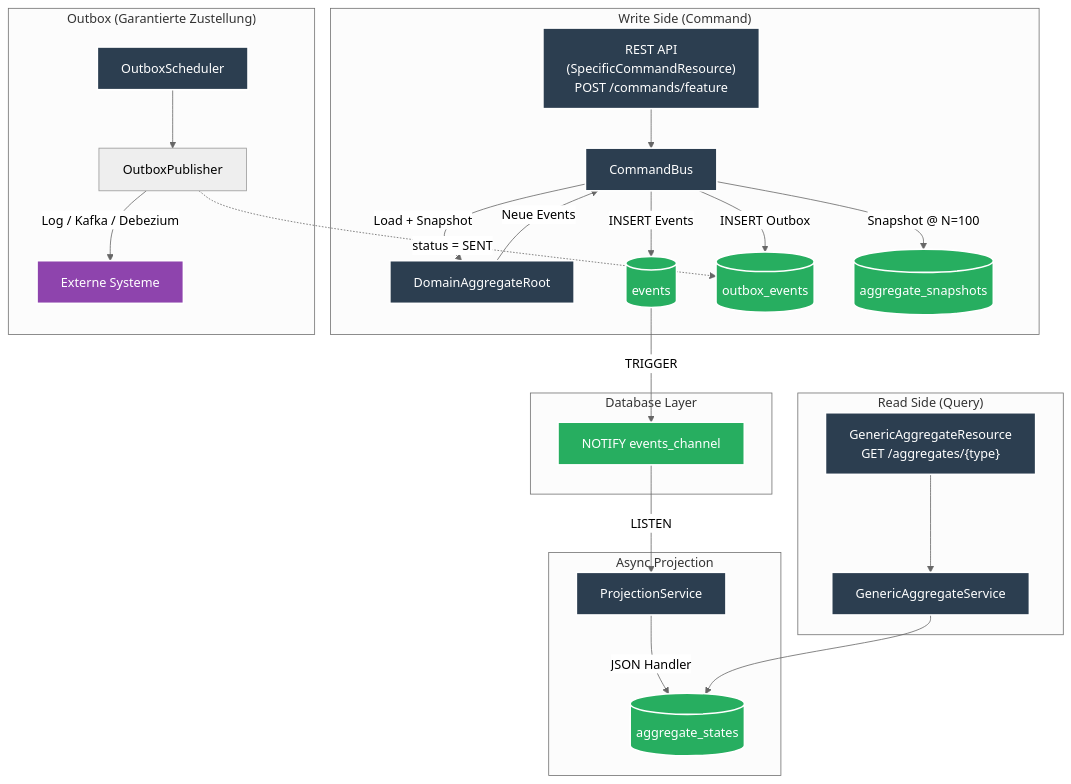
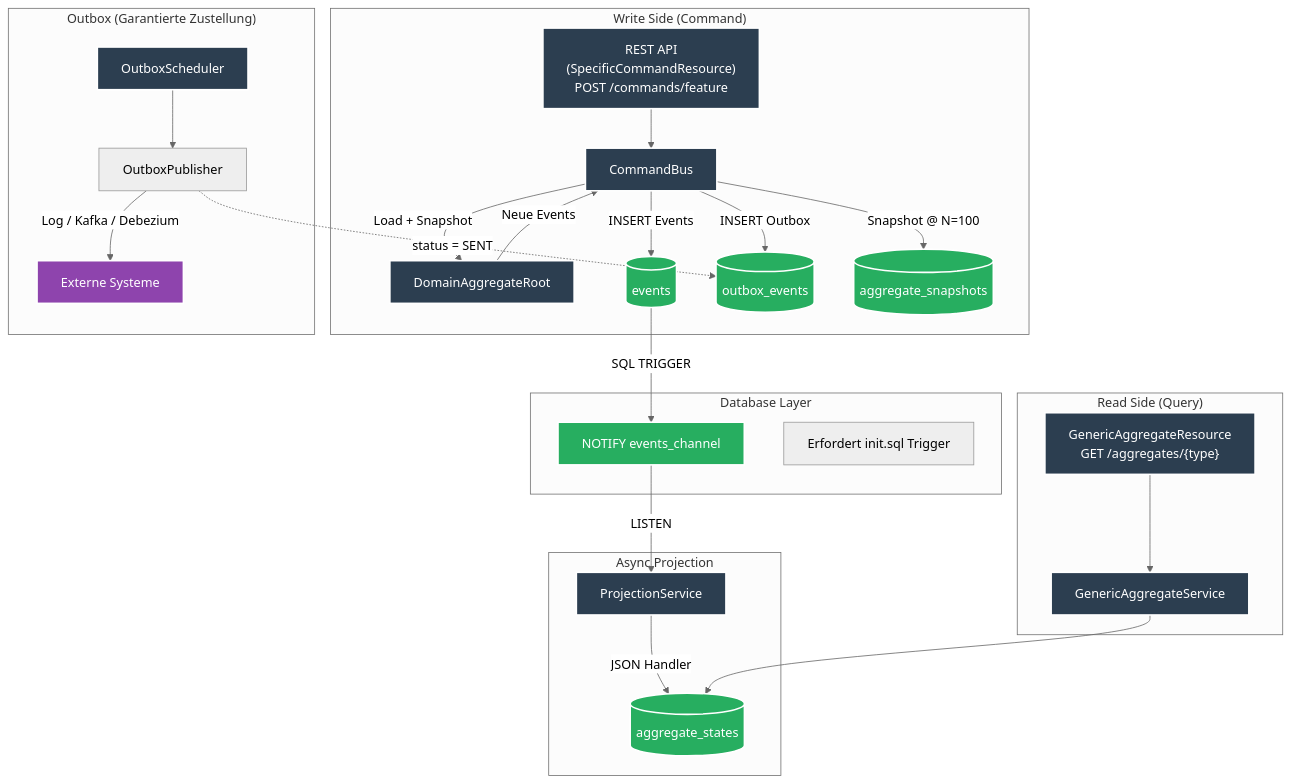
Before and after one commit to maatini/es-psql-quarkus: the diagram in README.md, drawn with Mermaid (neutral theme). The commit also changed other lines of this file and 5 other files, not shown here.

Commit message:
feat: Introduce PostgreSQL event store schema with concurrency control and LISTEN/NOTIFY trigger, integrated into devbox and Kubernetes environments.

````diff
--- a/README.md
+++ b/README.md
@@ -12,39 +12,40 @@
 ```mermaid
 graph TD
     subgraph "Write Side (Command)"
         CMD["REST API<br/>(SpecificCommandResource)<br/>POST /commands/feature"] --> CB["CommandBus"]
         CB --> |"Load + Snapshot"| VA["DomainAggregateRoot"]
         VA --> |"Neue Events"| CB
         CB --> |"INSERT Events"| DB_Events[("events")]
         CB --> |"INSERT Outbox"| DB_Outbox[("outbox_events")]
         CB --> |"Snapshot @ N=100"| DB_Snap[("aggregate_snapshots")]
     end
 
     subgraph "Database Layer"
-        DB_Events --> |"TRIGGER"| DB_Notify["NOTIFY events_channel"]
+        DB_Events --> |"SQL TRIGGER"| DB_Notify["NOTIFY events_channel"]
+        note["Erfordert init.sql Trigger"]
     end
 
     subgraph "Outbox (Garantierte Zustellung)"
         SCHED["OutboxScheduler"] --> PUB["OutboxPublisher"]
         PUB --> |"Log / Kafka / Debezium"| EXT["Externe Systeme"]
         PUB -.-> |"status = SENT"| DB_Outbox
     end
 
     subgraph "Async Projection"
         DB_Notify --> |"LISTEN"| PROJ["ProjectionService"]
         PROJ --> |"JSON Handler"| DB_Generic[("aggregate_states")]
     end
 
     subgraph "Read Side (Query)"
         API_G["GenericAggregateResource<br/>GET /aggregates/{type}"] --> GS["GenericAggregateService"]
         GS --> DB_Generic
     end
 
     classDef java fill:#2C3E50,stroke:#fff,stroke-width:2px,color:#fff;
     classDef db fill:#27AE60,stroke:#fff,stroke-width:2px,color:#fff;
     classDef ext fill:#8E44AD,stroke:#fff,stroke-width:2px,color:#fff;
 
     class CMD,CB,VA,API_G,GS,PROJ,SCHED java;
     class DB_Events,DB_Notify,DB_Generic,DB_Outbox,DB_Snap db;
     class EXT ext;
 ```
````
